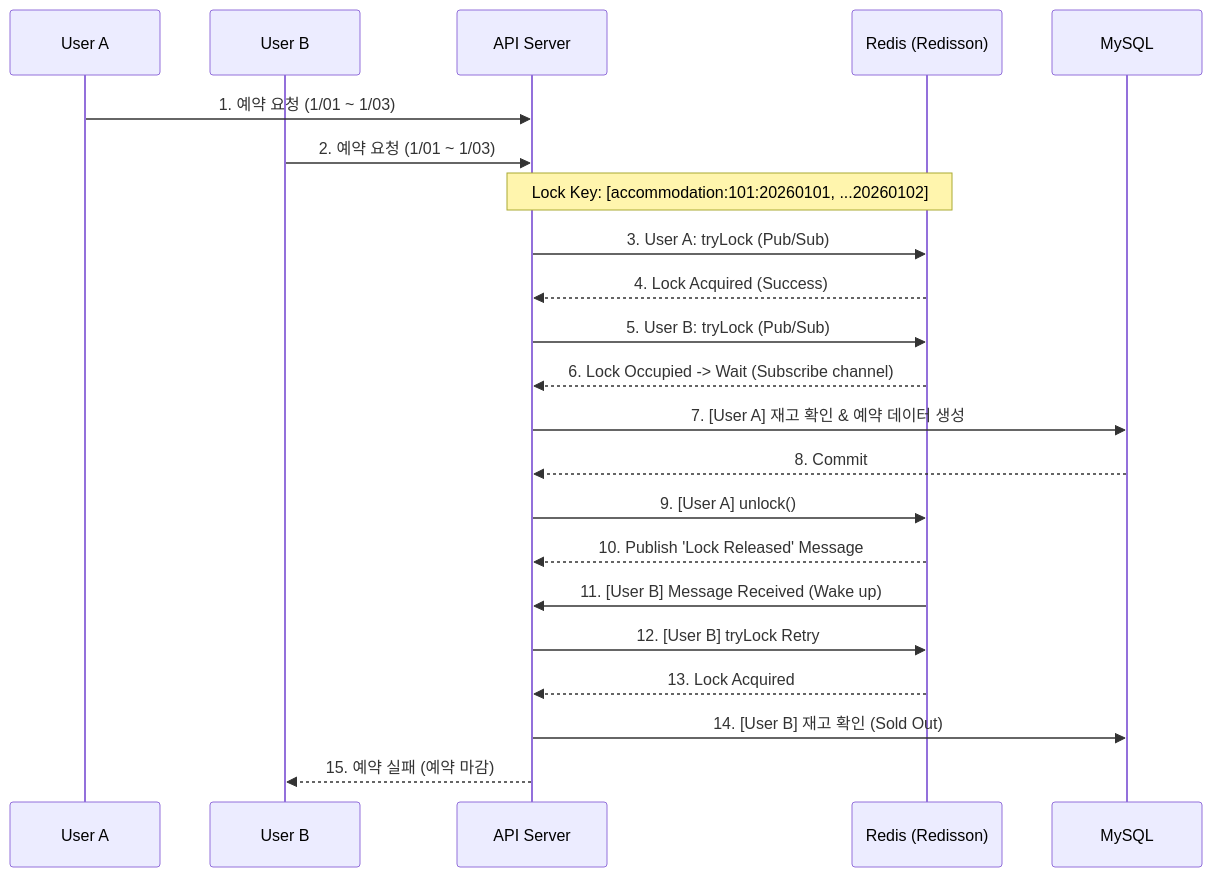
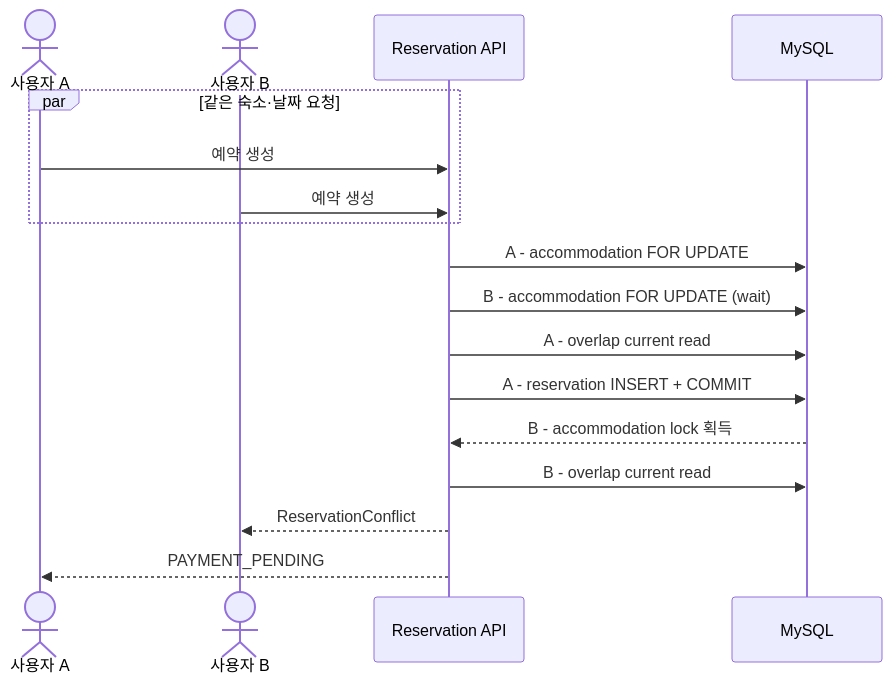
Before and after one commit to eeoos/airbob: the first of 4 diagrams in README.md, drawn with Mermaid. The commit also changed other lines of this file and 6 other files, not shown here.

Commit message:
docs: align architecture with orchestration model

````diff
--- a/README.md
+++ b/README.md
@@ -172,32 +45,20 @@
 ```mermaid
 sequenceDiagram
-    participant UserA as User A
-    participant UserB as User B
-    participant API as API Server
-    participant Redis as Redis (Redisson)
+    actor A as 사용자 A
+    actor B as 사용자 B
+    participant API as Reservation API
     participant DB as MySQL
 
-    UserA->>API: 1. 예약 요청 (1/01 ~ 1/03)
-    UserB->>API: 2. 예약 요청 (1/01 ~ 1/03)
-    
-    Note over API, Redis: Lock Key: [accommodation:101:20260101, ...20260102]
-
-    API->>Redis: 3. User A: tryLock (Pub/Sub)
-    Redis-->>API: 4. Lock Acquired (Success)
-    
-    API->>Redis: 5. User B: tryLock (Pub/Sub)
-    Redis-->>API: 6. Lock Occupied -> Wait (Subscribe channel)
-
-    API->>DB: 7. [User A] 재고 확인 & 예약 데이터 생성
-    DB-->>API: 8. Commit
-    
-    API->>Redis: 9. [User A] unlock()
-    Redis-->>API: 10. Publish 'Lock Released' Message
-
-    Redis->>API: 11. [User B] Message Received (Wake up)
-    API->>Redis: 12. [User B] tryLock Retry
-    Redis-->>API: 13. Lock Acquired
-    
-    API->>DB: 14. [User B] 재고 확인 (Sold Out)
-    API-->>UserB: 15. 예약 실패 (예약 마감)
+    par 같은 숙소·날짜 요청
+        A->>API: 예약 생성
+        B->>API: 예약 생성
+    end
+    API->>DB: A - accommodation FOR UPDATE
+    API->>DB: B - accommodation FOR UPDATE (wait)
+    API->>DB: A - overlap current read
+    API->>DB: A - reservation INSERT + COMMIT
+    DB-->>API: B - accommodation lock 획득
+    API->>DB: B - overlap current read
+    API-->>B: ReservationConflict
+    API-->>A: PAYMENT_PENDING
 ```
````
